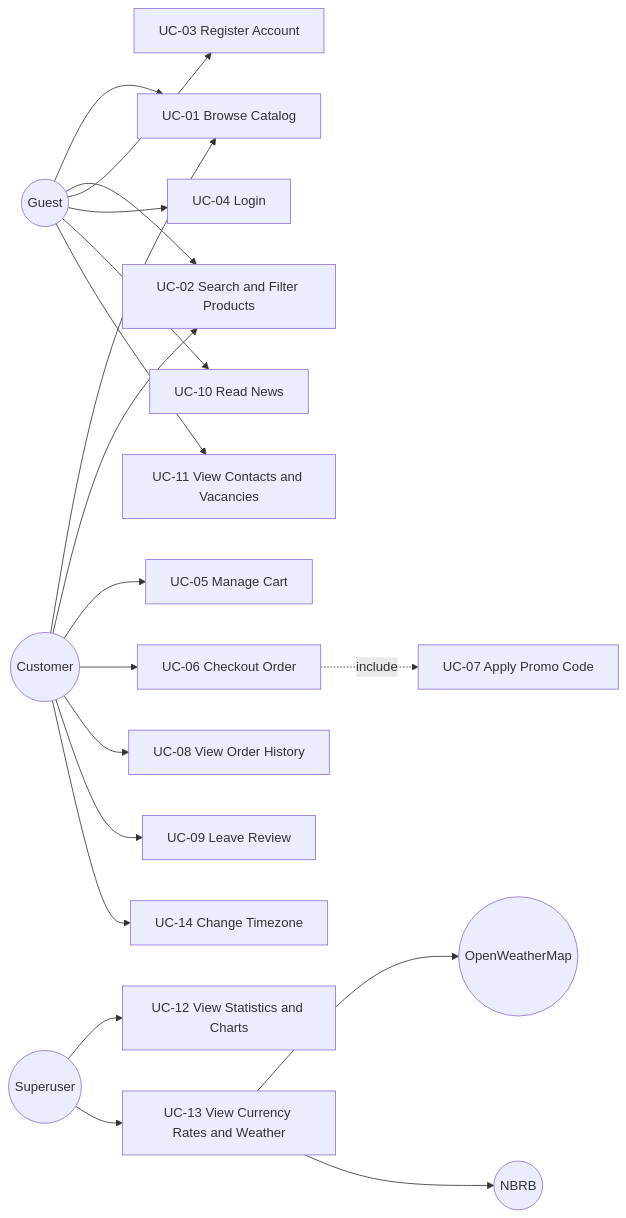
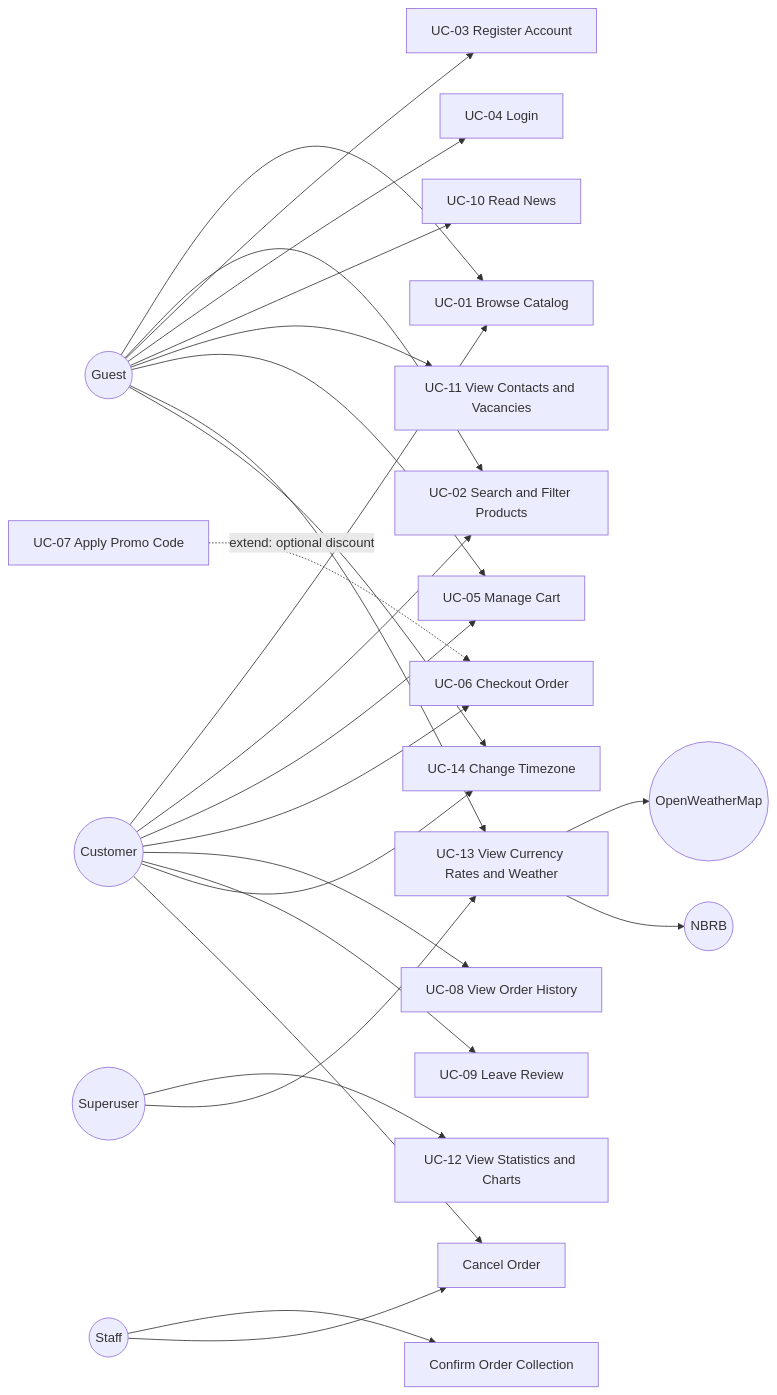
The first of 2 diagrams in DOCS.md (KATTSS/Autosalon_shop), drawn with Mermaid before and after one commit. The commit also changed other lines of this file and 43 other files, not shown here.

````diff
--- a/DOCS.md
+++ b/DOCS.md
@@ -150,46 +166,55 @@
 ```mermaid
 graph LR
     Guest((Guest))
     Customer((Customer))
     Admin((Superuser))
+    Staff((Staff))
     WeatherAPI((OpenWeatherMap))
     CurrencyAPI((NBRB))
 
     UC1[UC-01 Browse Catalog]
     UC2[UC-02 Search and Filter Products]
     UC3[UC-03 Register Account]
     UC4[UC-04 Login]
     UC5[UC-05 Manage Cart]
     UC6[UC-06 Checkout Order]
     UC7[UC-07 Apply Promo Code]
     UC8[UC-08 View Order History]
     UC9[UC-09 Leave Review]
     UC10[UC-10 Read News]
     UC11[UC-11 View Contacts and Vacancies]
     UC12[UC-12 View Statistics and Charts]
     UC13[UC-13 View Currency Rates and Weather]
     UC14[UC-14 Change Timezone]
+    UC15[Confirm Order Collection]
+    UC16[Cancel Order]
 
     Guest --> UC1
     Guest --> UC2
     Guest --> UC3
     Guest --> UC4
     Guest --> UC10
     Guest --> UC11
+    Guest --> UC5
+    Guest --> UC13
+    Guest --> UC14
 
     Customer --> UC1
     Customer --> UC2
     Customer --> UC5
     Customer --> UC6
     Customer --> UC8
     Customer --> UC9
     Customer --> UC14
 
-    UC6 -.->|include| UC7
+    UC7 -.->|extend: optional discount| UC6
 
     Admin --> UC12
     Admin --> UC13
+    Staff --> UC15
+    Staff --> UC16
+    Customer --> UC16
 
     UC13 --> WeatherAPI
     UC13 --> CurrencyAPI
 ```
````
